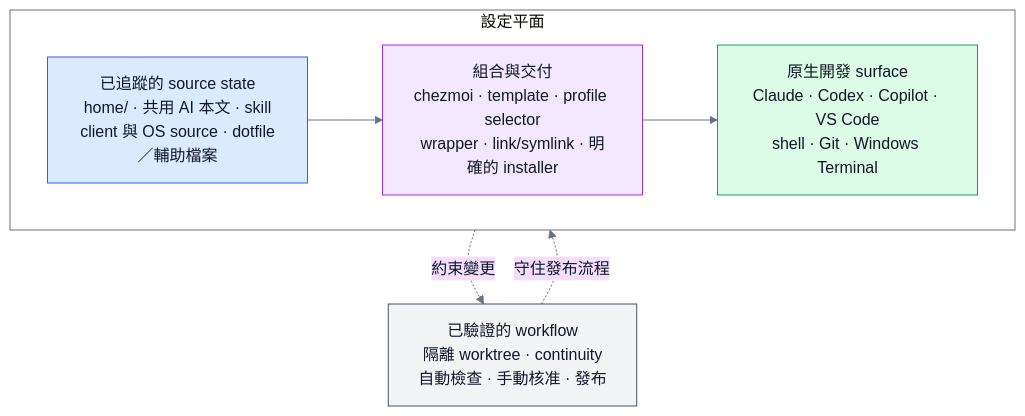
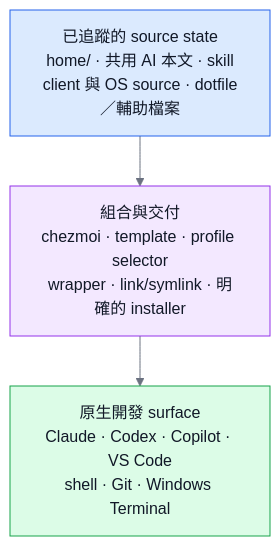
The first of 4 diagrams in README.zh-TW.md (sherrilla71940/dotfiles), drawn with Mermaid before and after one commit. The commit also changed other lines of this file and 2 other files, not shown here.

Commit message:
docs(readme): separate architecture and workflow views

````diff
--- a/README.zh-TW.md
+++ b/README.zh-TW.md
@@ -52,26 +55,16 @@
 ```mermaid
 %%{init: {"theme": "base", "themeVariables": {"primaryTextColor": "#111827", "nodeTextColor": "#111827", "textColor": "#111827", "lineColor": "#6b7280"}, "flowchart": {"useMaxWidth": true}}}%%
 flowchart TB
-    subgraph configuration["設定平面"]
-        direction LR
-        sources["已追蹤的 source state<br/>home/ · 共用 AI 本文 · skill<br/>client 與 OS source · dotfile／輔助檔案"]:::source
-        delivery["組合與交付<br/>chezmoi · template · profile selector<br/>wrapper · link/symlink · 明確的 installer"]:::process
-        targets["原生開發 surface<br/>Claude · Codex · Copilot · VS Code<br/>shell · Git · Windows Terminal"]:::target
-        sources --> delivery --> targets
-    end
-
-    workflow["已驗證的 workflow<br/>隔離 worktree · continuity<br/>自動檢查 · 手動核准 · 發布"]:::workflow
-    delivery -. "約束變更" .-> workflow
-    workflow -. "守住發布流程" .-> targets
+    sources["已追蹤的 source state<br/>home/ · 共用 AI 本文 · skill<br/>client 與 OS source · dotfile／輔助檔案"]:::source
+    delivery["組合與交付<br/>chezmoi · template · profile selector<br/>wrapper · link/symlink · 明確的 installer"]:::process
+    targets["原生開發 surface<br/>Claude · Codex · Copilot · VS Code<br/>shell · Git · Windows Terminal"]:::target
+    sources --> delivery --> targets
 
     classDef source fill:#dbeafe,stroke:#2563eb,color:#111827
     classDef process fill:#f3e8ff,stroke:#9333ea,color:#111827
     classDef target fill:#dcfce7,stroke:#16a34a,color:#111827
-    classDef workflow fill:#f3f4f6,stroke:#4b5563,color:#111827
 
     style sources color:#111827
     style delivery color:#111827
     style targets color:#111827
-    style workflow color:#111827
-    style configuration fill:transparent,stroke:#6b7280,stroke-width:1px
 ```
````
